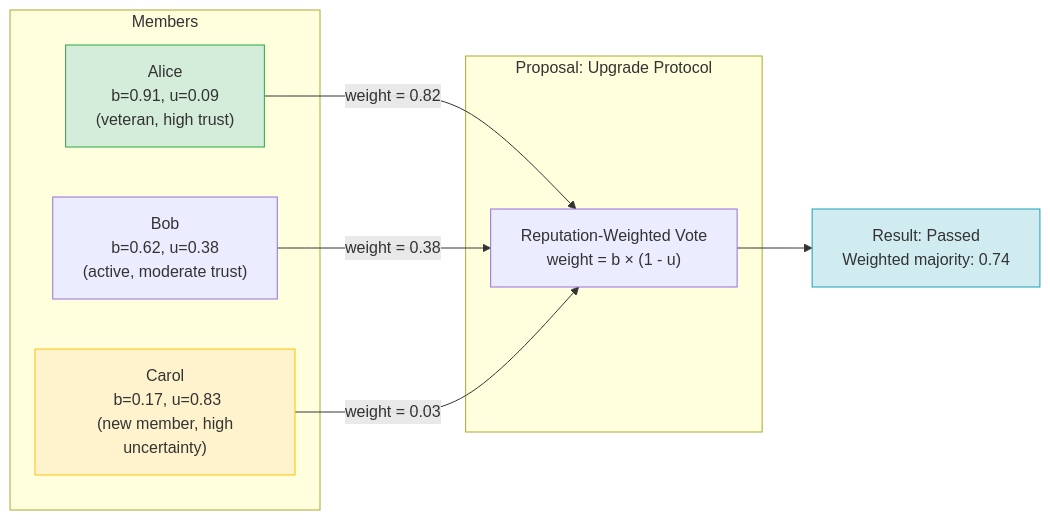
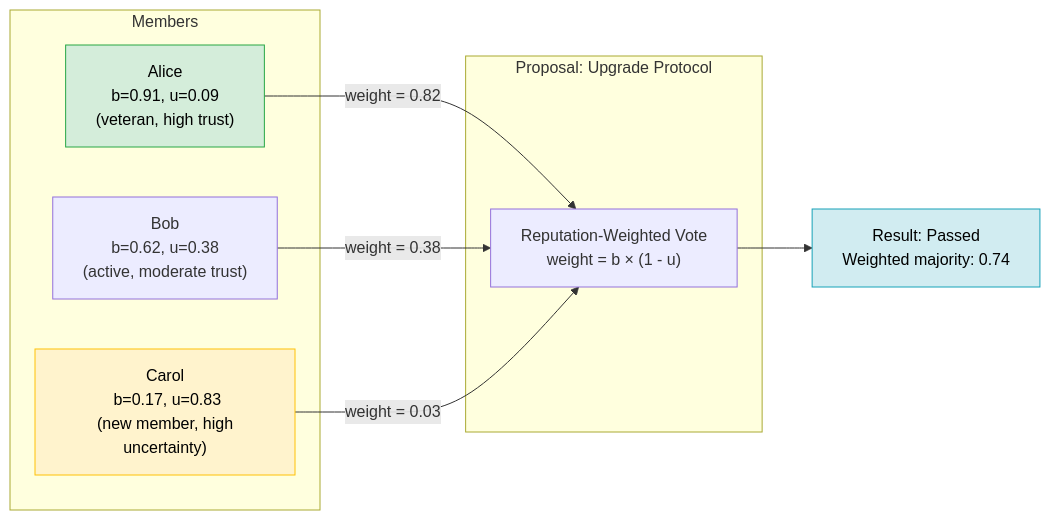
The fifth of 7 diagrams in rust/README.md (Steake/EQBSL), drawn with Mermaid before and after one commit. The commit also changed other lines of this file, not shown here.

Commit message:
docs(rust): fix mermaid diagram styles for readability in all themes

````diff
--- a/rust/README.md
+++ b/rust/README.md
@@ -317,22 +317,22 @@
 ```mermaid
 graph LR
     subgraph Members
         A["Alice\n b=0.91, u=0.09\n (veteran, high trust)"]
         B["Bob\n b=0.62, u=0.38\n (active, moderate trust)"]
         C["Carol\n b=0.17, u=0.83\n (new member, high uncertainty)"]
     end
 
     subgraph Proposal["Proposal: Upgrade Protocol"]
         V["Reputation-Weighted Vote\n weight = b × (1 - u)"]
     end
 
     A -->|"weight = 0.82"| V
     B -->|"weight = 0.38"| V
     C -->|"weight = 0.03"| V
 
     V --> R["Result: Passed\n Weighted majority: 0.74"]
 
-    style A fill:#d4edda,stroke:#28a745
-    style C fill:#fff3cd,stroke:#ffc107
-    style R fill:#d1ecf1,stroke:#17a2b8
+    style A fill:#d4edda,stroke:#28a745,color:#000000
+    style C fill:#fff3cd,stroke:#ffc107,color:#000000
+    style R fill:#d1ecf1,stroke:#17a2b8,color:#000000
 ```
````
